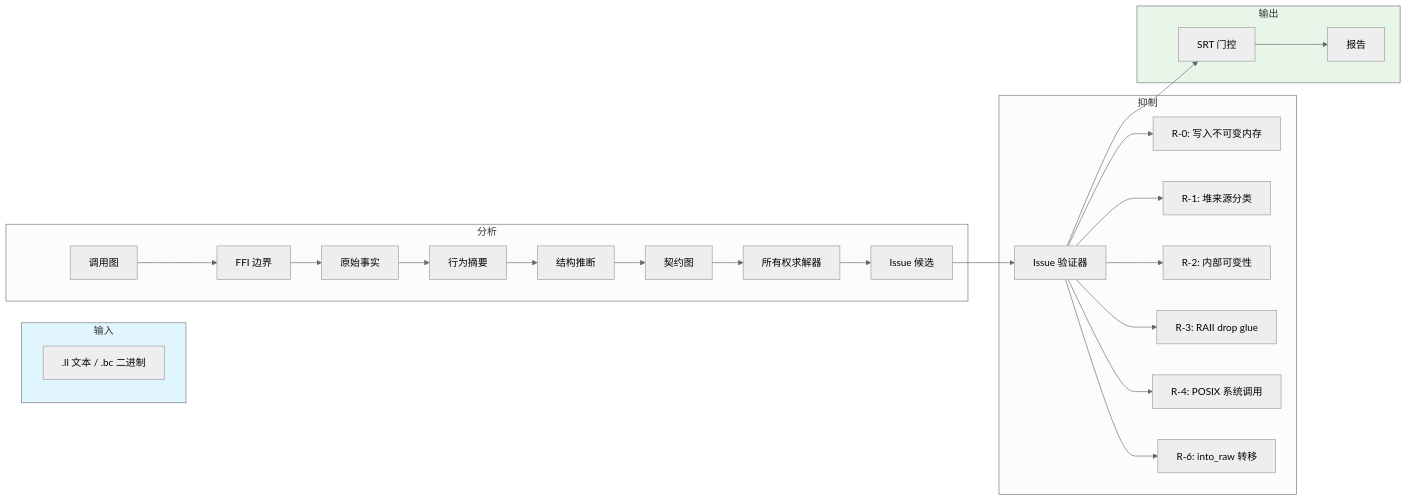
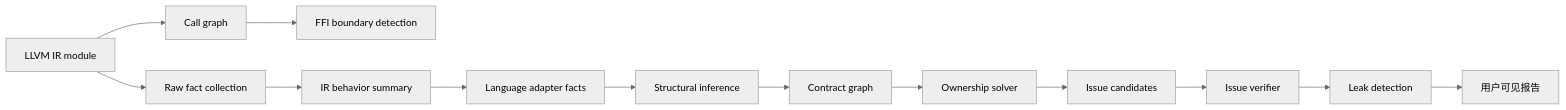
One commit to Timwood0x10/OmniScope-rs changed the second of 2 diagrams in README_CN.md. Above: the diagram before and after it, drawn with Mermaid (neutral theme). The commit also changed other lines of this file and 26 other files, not shown here.

````diff
--- a/README_CN.md
+++ b/README_CN.md
@@ -38,34 +121,15 @@
 ```mermaid
 flowchart LR
-    subgraph 输入
-        IR[".ll 文本 / .bc 二进制"]
-    end
-
-    subgraph 分析
-        CG["调用图"] --> FFI["FFI 边界"]
-        FFI --> RF["原始事实"]
-        RF --> BS["行为摘要"]
-        BS --> SI["结构推断"]
-        SI --> CG2["契约图"]
-        CG2 --> OS["所有权求解器"]
-        OS --> IC["Issue 候选"]
-    end
-
-    subgraph 抑制
-        IC --> IV["Issue 验证器"]
-        IV --> R0["R-0: 写入不可变内存"]
-        IV --> R1["R-1: 堆来源分类"]
-        IV --> R2["R-2: 内部可变性"]
-        IV --> R3["R-3: RAII drop glue"]
-        IV --> R4["R-4: POSIX 系统调用"]
-        IV --> R6["R-6: into_raw 转移"]
-    end
-
-    subgraph 输出
-        IV --> SRT["SRT 门控"]
-        SRT --> RPT["报告"]
-    end
-
-    style 输入 fill:#e1f5fe
-    style 输出 fill:#e8f5e9
+    IR["LLVM IR module"] --> CG["Call graph"]
+    CG --> Boundary["FFI boundary detection"]
+    IR --> Facts["Raw fact collection"]
+    Facts --> Summary["IR behavior summary"]
+    Summary --> LangFacts["Language adapter facts"]
+    LangFacts --> Struct["Structural inference"]
+    Struct --> Contract["Contract graph"]
+    Contract --> Solver["Ownership solver"]
+    Solver --> Candidates["Issue candidates"]
+    Candidates --> Verify["Issue verifier"]
+    Verify --> Leaks["Leak detection"]
+    Leaks --> Output["用户可见报告"]
 ```
````
